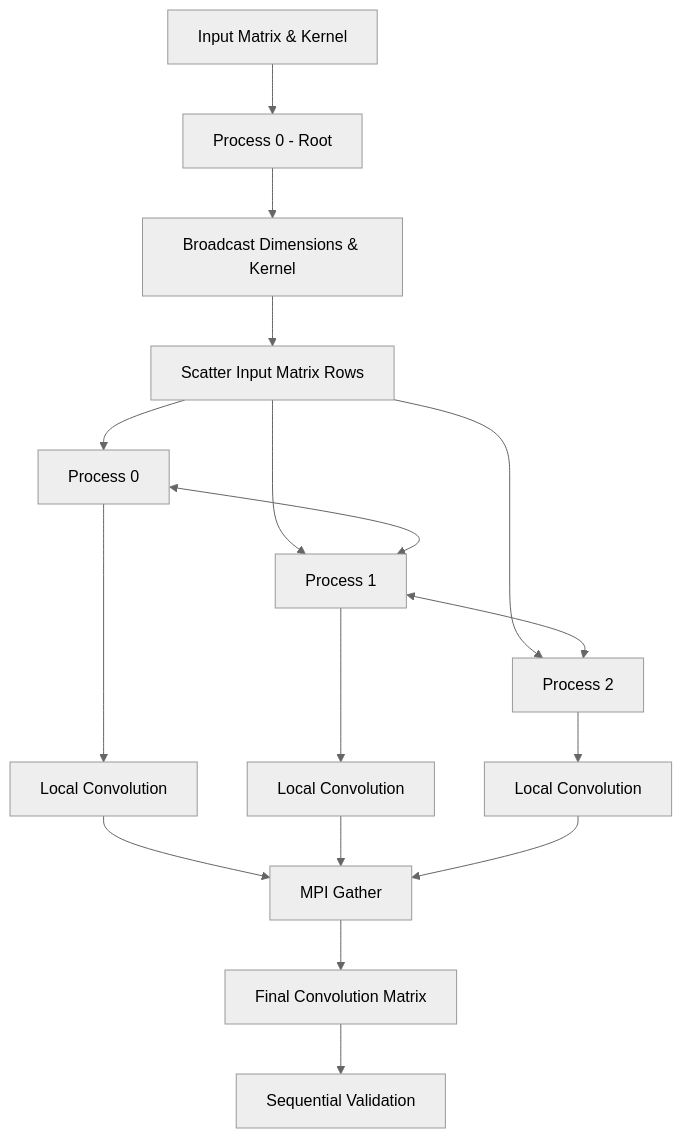
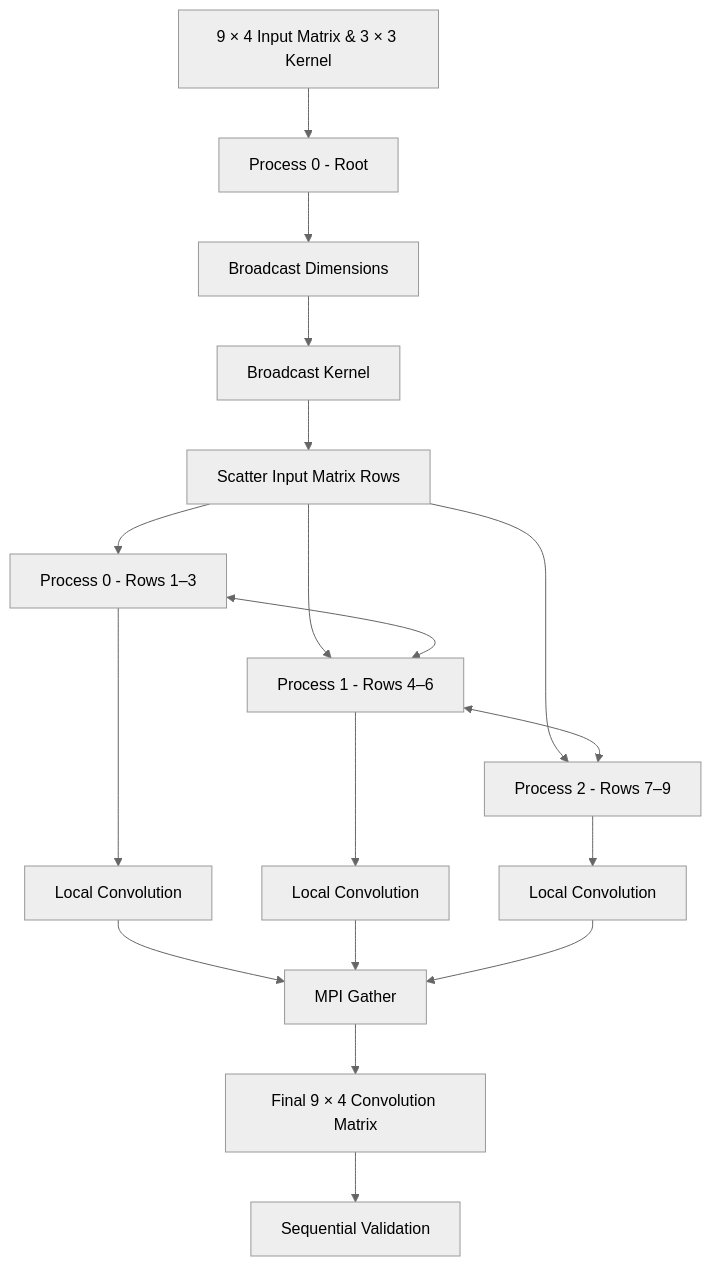
The diagram in README.md (Abishhhekkk/ECE662-MPI-Convolution), drawn with Mermaid (neutral theme) before and after one commit. The commit also changed other lines of this file, not shown here.

First line of the commit message:
Revise README for input matrix and process details

````diff
--- a/README.md
+++ b/README.md
@@ -44,24 +45,25 @@
 ```mermaid
 flowchart TD
-    A["Input Matrix & Kernel"] --> B["Process 0 - Root"]
-    B --> C["Broadcast Dimensions & Kernel"]
-    C --> D["Scatter Input Matrix Rows"]
+    A["9 × 4 Input Matrix & 3 × 3 Kernel"] --> B["Process 0 - Root"]
+    B --> C["Broadcast Dimensions"]
+    C --> D["Broadcast Kernel"]
+    D --> E["Scatter Input Matrix Rows"]
 
-    D --> P0["Process 0"]
-    D --> P1["Process 1"]
-    D --> P2["Process 2"]
+    E --> P0["Process 0 - Rows 1–3"]
+    E --> P1["Process 1 - Rows 4–6"]
+    E --> P2["Process 2 - Rows 7–9"]
 
     P0 <--> P1
     P1 <--> P2
 
     P0 --> L0["Local Convolution"]
     P1 --> L1["Local Convolution"]
     P2 --> L2["Local Convolution"]
 
     L0 --> G["MPI Gather"]
     L1 --> G
     L2 --> G
 
-    G --> O["Final Convolution Matrix"]
+    G --> O["Final 9 × 4 Convolution Matrix"]
     O --> V["Sequential Validation"]
 ```
````
